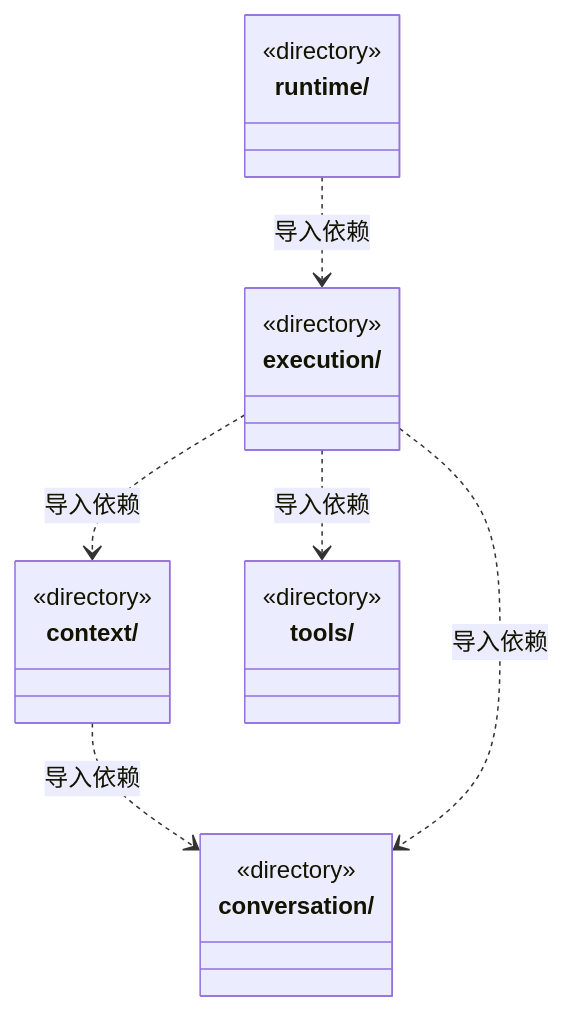
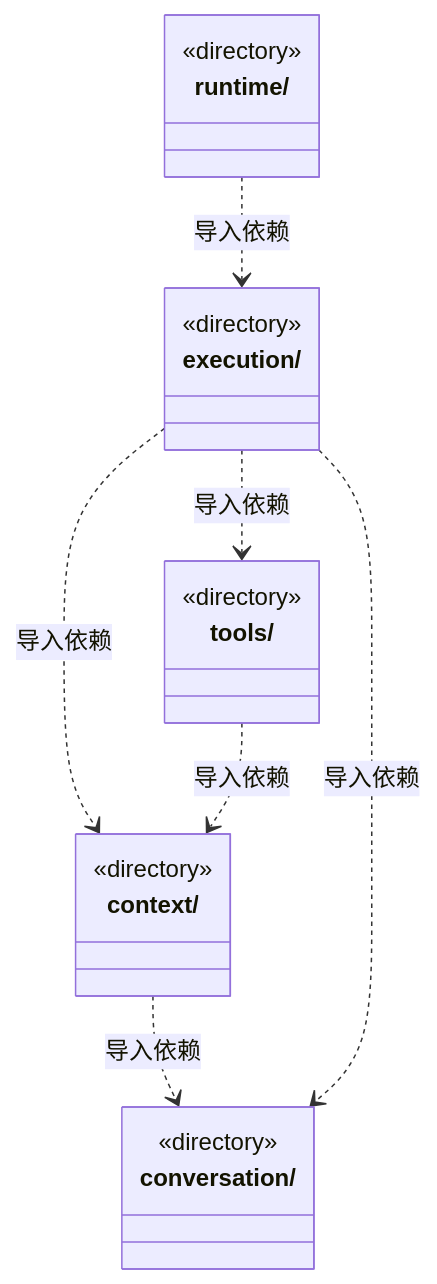
One commit to nan023062/cbim changed the diagram in src/backend/scheduler-engine/ARCHITECTURE.md. Above: the diagram before and after it, drawn with Mermaid. The commit also changed other lines of this file and 32 other files, not shown here.

````diff
--- a/src/backend/scheduler-engine/ARCHITECTURE.md
+++ b/src/backend/scheduler-engine/ARCHITECTURE.md
@@ -15,23 +15,24 @@
 ```mermaid
 classDiagram
 class N_src_backend_scheduler_engine_context["context/"] {
   <<directory>>
 }
 class N_src_backend_scheduler_engine_conversation["conversation/"] {
   <<directory>>
 }
 class N_src_backend_scheduler_engine_execution["execution/"] {
   <<directory>>
 }
 class N_src_backend_scheduler_engine_runtime["runtime/"] {
   <<directory>>
 }
 class N_src_backend_scheduler_engine_tools["tools/"] {
   <<directory>>
 }
 N_src_backend_scheduler_engine_context ..> N_src_backend_scheduler_engine_conversation : 导入依赖
 N_src_backend_scheduler_engine_execution ..> N_src_backend_scheduler_engine_tools : 导入依赖
 N_src_backend_scheduler_engine_execution ..> N_src_backend_scheduler_engine_context : 导入依赖
 N_src_backend_scheduler_engine_execution ..> N_src_backend_scheduler_engine_conversation : 导入依赖
 N_src_backend_scheduler_engine_runtime ..> N_src_backend_scheduler_engine_execution : 导入依赖
+N_src_backend_scheduler_engine_tools ..> N_src_backend_scheduler_engine_context : 导入依赖
 ```
````
